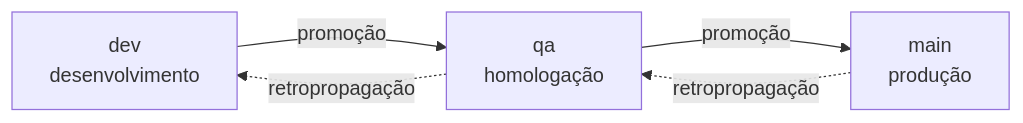
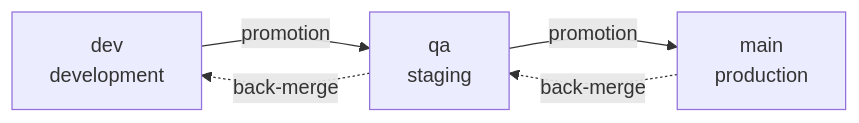
The diagram in docs/explanation/branching-policy.md (daneiel/brabo), drawn with Mermaid before and after one commit. The commit also changed other lines of this file and 303 other files, not shown here.

````diff
--- a/docs/explanation/branching-policy.md
+++ b/docs/explanation/branching-policy.md
@@ -36,7 +40,7 @@
 ```mermaid
 flowchart LR
-  D[dev<br/>desenvolvimento] -->|promoção| Q[qa<br/>homologação]
-  Q -->|promoção| M[main<br/>produção]
-  M -.->|retropropagação| Q
-  Q -.->|retropropagação| D
+  D[dev<br/>development] -->|promotion| Q[qa<br/>staging]
+  Q -->|promotion| M[main<br/>production]
+  M -.->|back-merge| Q
+  Q -.->|back-merge| D
 ```
````
